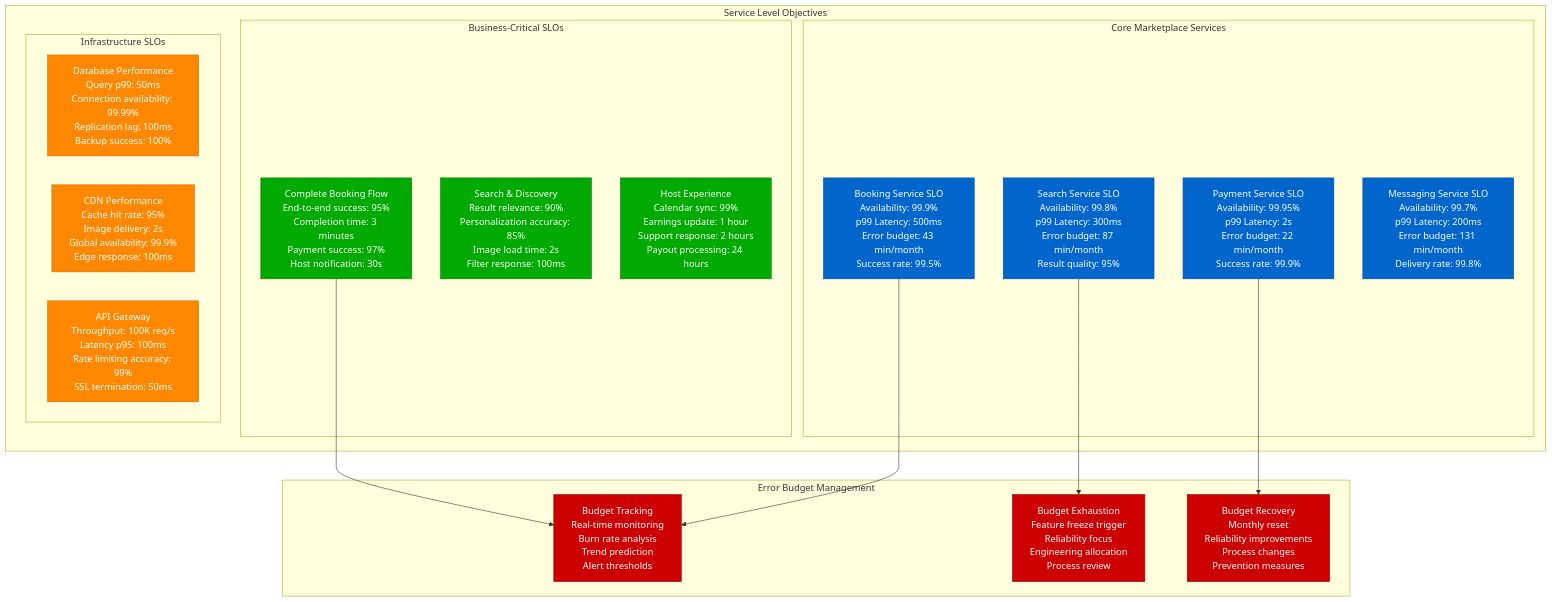
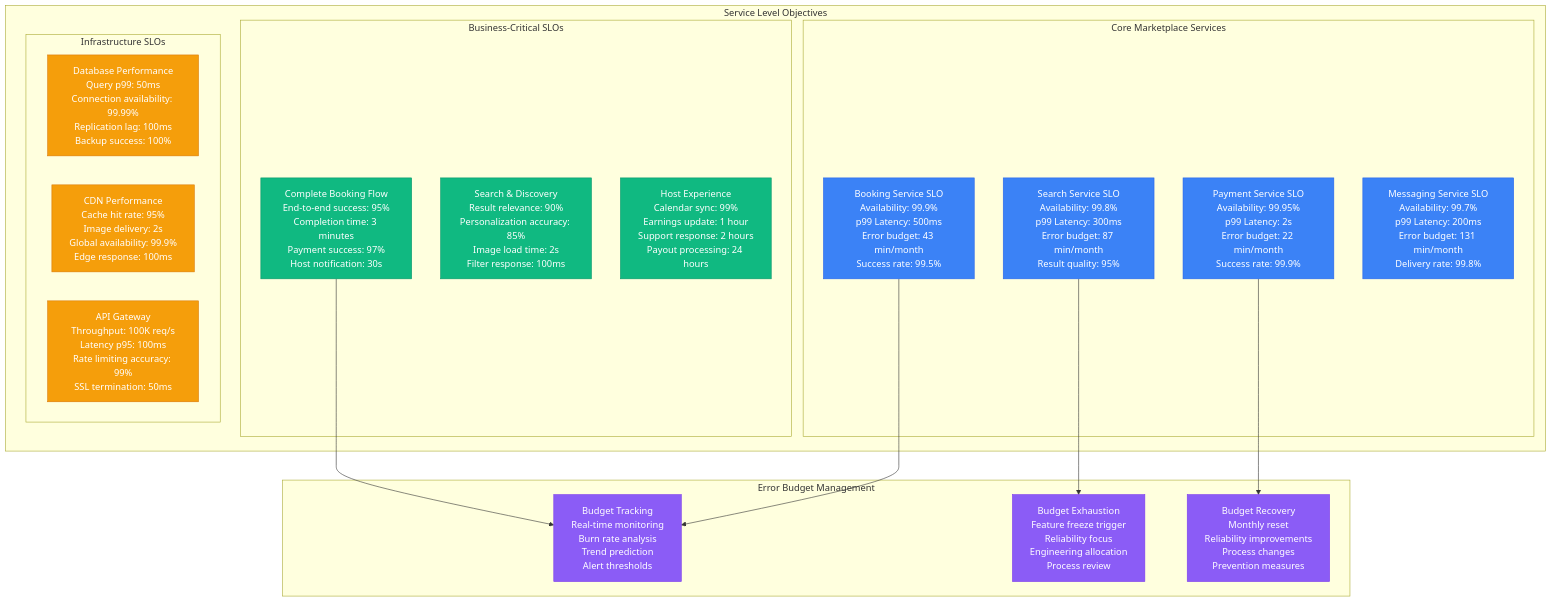
The fourth of 5 diagrams in site/docs/systems/airbnb/production-operations.md (deepaucksharma/DS), drawn with Mermaid before and after one commit. The commit also changed other lines of this file and 303 other files, not shown here.

````diff
--- a/site/docs/systems/airbnb/production-operations.md
+++ b/site/docs/systems/airbnb/production-operations.md
@@ -272,53 +272,53 @@
 ```mermaid
 graph TB
     subgraph ServiceSLOs[Service Level Objectives]
         subgraph CoreServices[Core Marketplace Services]
             BookingSLO[Booking Service SLO<br/>Availability: 99.9%<br/>p99 Latency: 500ms<br/>Error budget: 43 min/month<br/>Success rate: 99.5%]
 
             SearchSLO[Search Service SLO<br/>Availability: 99.8%<br/>p99 Latency: 300ms<br/>Error budget: 87 min/month<br/>Result quality: 95%]
 
             PaymentSLO[Payment Service SLO<br/>Availability: 99.95%<br/>p99 Latency: 2s<br/>Error budget: 22 min/month<br/>Success rate: 99.9%]
 
             MessageSLO[Messaging Service SLO<br/>Availability: 99.7%<br/>p99 Latency: 200ms<br/>Error budget: 131 min/month<br/>Delivery rate: 99.8%]
         end
 
         subgraph BusinessSLOs[Business-Critical SLOs]
             BookingFlowSLO[Complete Booking Flow<br/>End-to-end success: 95%<br/>Completion time: 3 minutes<br/>Payment success: 97%<br/>Host notification: 30s]
 
             SearchDiscoverySLO[Search & Discovery<br/>Result relevance: 90%<br/>Personalization accuracy: 85%<br/>Image load time: 2s<br/>Filter response: 100ms]
 
             HostExperienceSLO[Host Experience<br/>Calendar sync: 99%<br/>Earnings update: 1 hour<br/>Support response: 2 hours<br/>Payout processing: 24 hours]
         end
 
         subgraph InfrastructureSLOs[Infrastructure SLOs]
             DatabaseSLO[Database Performance<br/>Query p99: 50ms<br/>Connection availability: 99.99%<br/>Replication lag: 100ms<br/>Backup success: 100%]
 
             CDNSLO[CDN Performance<br/>Cache hit rate: 95%<br/>Image delivery: 2s<br/>Global availability: 99.9%<br/>Edge response: 100ms]
 
             APISLO[API Gateway<br/>Throughput: 100K req/s<br/>Latency p95: 100ms<br/>Rate limiting accuracy: 99%<br/>SSL termination: 50ms]
         end
     end
 
     subgraph ErrorBudgetManagement[Error Budget Management]
         BudgetTracking[Budget Tracking<br/>Real-time monitoring<br/>Burn rate analysis<br/>Trend prediction<br/>Alert thresholds]
 
         BudgetExhaustion[Budget Exhaustion<br/>Feature freeze trigger<br/>Reliability focus<br/>Engineering allocation<br/>Process review]
 
         BudgetRecovery[Budget Recovery<br/>Monthly reset<br/>Reliability improvements<br/>Process changes<br/>Prevention measures]
     end
 
     BookingSLO --> BudgetTracking
     SearchSLO --> BudgetExhaustion
     PaymentSLO --> BudgetRecovery
     BookingFlowSLO --> BudgetTracking
 
-    classDef coreStyle fill:#0066CC,stroke:#004499,color:#fff
-    classDef businessStyle fill:#00AA00,stroke:#007700,color:#fff
-    classDef infraStyle fill:#FF8800,stroke:#CC6600,color:#fff
-    classDef budgetStyle fill:#CC0000,stroke:#990000,color:#fff
+    classDef coreStyle fill:#3B82F6,stroke:#2563EB,color:#fff
+    classDef businessStyle fill:#10B981,stroke:#059669,color:#fff
+    classDef infraStyle fill:#F59E0B,stroke:#D97706,color:#fff
+    classDef budgetStyle fill:#8B5CF6,stroke:#7C3AED,color:#fff
 
     class BookingSLO,SearchSLO,PaymentSLO,MessageSLO coreStyle
     class BookingFlowSLO,SearchDiscoverySLO,HostExperienceSLO businessStyle
     class DatabaseSLO,CDNSLO,APISLO infraStyle
     class BudgetTracking,BudgetExhaustion,BudgetRecovery budgetStyle
 ```
````
